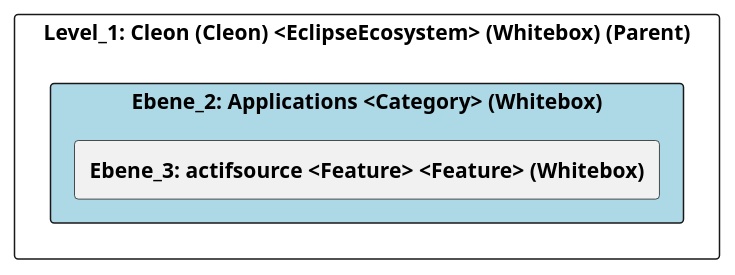
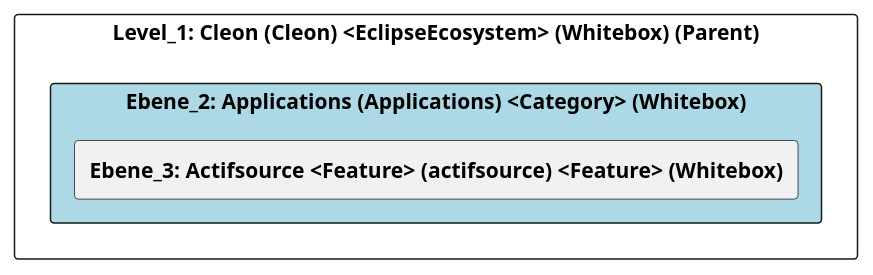
Before and after one commit to marcozwyssig/cleon: the diagram in doc/cleonproject_deliverables_architecture_model_architecture/adoc/de/05_bausteinsicht/cleon/applications/ebene_2_applications.adoc, drawn with PlantUML. The commit also changed other lines of this file and 166 other files, not shown here.

```diff
--- a/doc/cleonproject_deliverables_architecture_model_architecture/adoc/de/05_bausteinsicht/cleon/applications/ebene_2_applications.adoc
+++ b/doc/cleonproject_deliverables_architecture_model_architecture/adoc/de/05_bausteinsicht/cleon/applications/ebene_2_applications.adoc
@@ -24,26 +24,26 @@
-[plantuml, Ebene_2: Applications <Category> (Whitebox)BlockOverview, format="svg"]
+[plantuml, Ebene_2: Applications (Applications) <Category> (Whitebox)BlockOverview, format="svg"]
 ----
-@startuml Ebene_2: Applications <Category> (Whitebox)BuildingBlockOverview
+@startuml Ebene_2: Applications (Applications) <Category> (Whitebox)BuildingBlockOverview
 
 skinparam ranksep 10
 skinparam componentStyle rectangle
 skinparam shadowing false
 skinparam arrowColor lightblue
 skinparam arrowThickness 1.2
 skinparam rectangle {
   BackgroundColor White
   BorderColor #333
   RoundCorner 10
 }
 top to bottom direction
 
 component "Level_1: Cleon (Cleon) <EclipseEcosystem> (Whitebox) (Parent)" {
-    component "Ebene_2: Applications <Category> (Whitebox)" #lightblue {
-        [**Ebene_3: actifsource <Feature> <Feature> (Whitebox)**] as 49057F39_D579_11EE_903E_9F564E4DE07E
+    component "Ebene_2: Applications (Applications) <Category> (Whitebox)" #lightblue {
+        [**Ebene_3: Actifsource <Feature> (actifsource) <Feature> (Whitebox)**] as 49057F39_D579_11EE_903E_9F564E4DE07E
     }
 
     
 }
 
 @enduml
 ----
```
